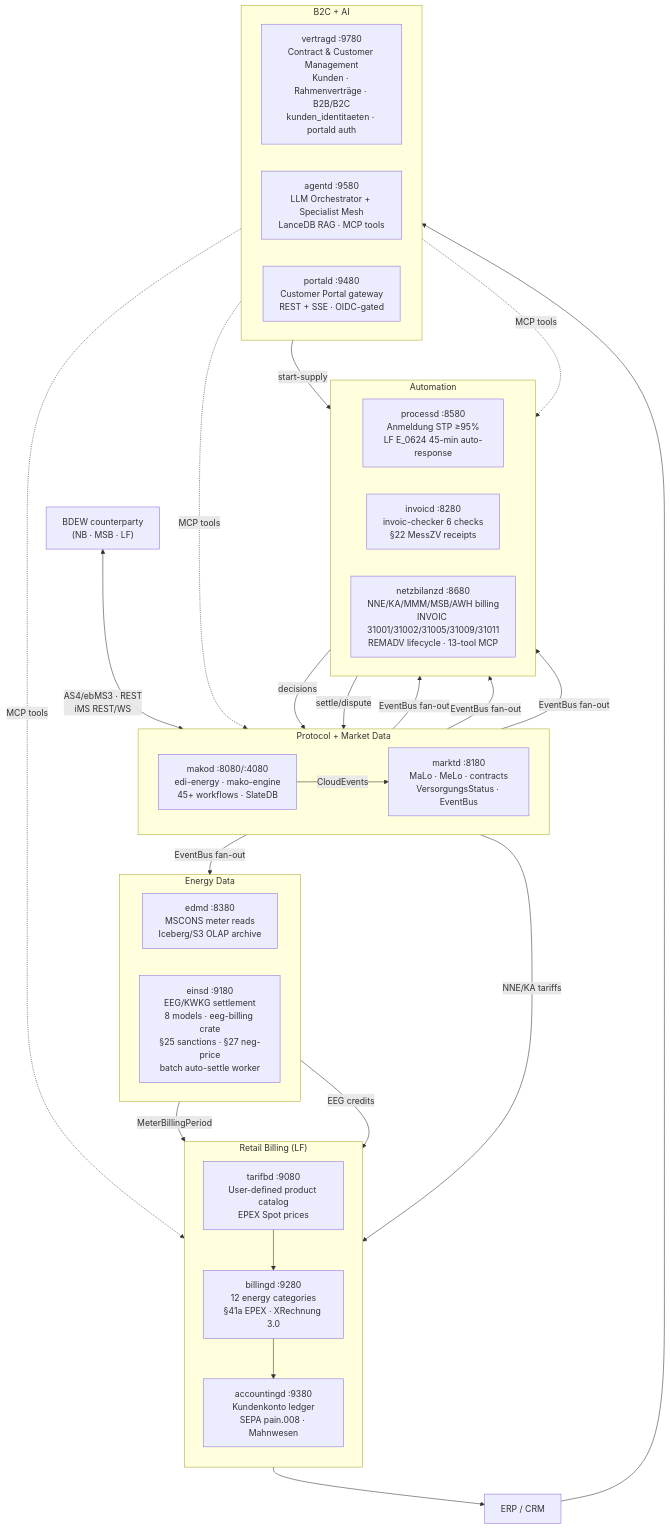
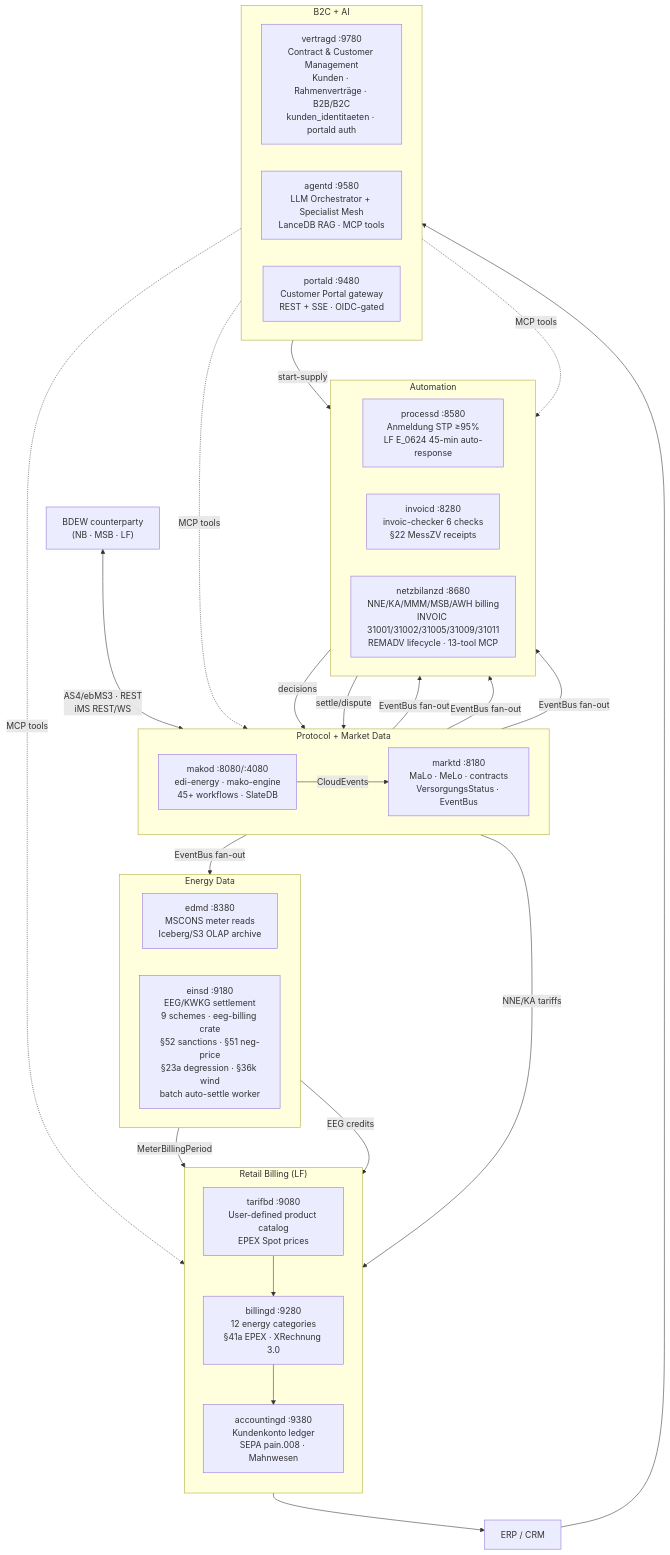
Before and after one commit to hupe1980/mako: the diagram in docs/index.md, drawn with Mermaid. The commit also changed other lines of this file and 81 other files, not shown here.

````diff
--- a/docs/index.md
+++ b/docs/index.md
@@ -252,51 +258,51 @@
 ```mermaid
 graph TB
     BDEW["BDEW counterparty\n(NB · MSB · LF)"]
 
     subgraph core ["Protocol + Market Data"]
         direction LR
         makod["makod :8080/:4080\nedi-energy · mako-engine\n45+ workflows · SlateDB"]
         marktd["marktd :8180\nMaLo · MeLo · contracts\nVersorgungsStatus · EventBus"]
         makod -->|"CloudEvents"| marktd
     end
 
     subgraph auto ["Automation"]
         direction LR
         processd["processd :8580\nAnmeldung STP ≥95%\nLF E_0624 45-min auto-response"]
         invoicd["invoicd :8280\ninvoic-checker 6 checks\n§22 MessZV receipts"]
         netzbilanzd["netzbilanzd :8680\nNNE/KA/MMM/MSB/AWH billing\nINVOIC 31001/31002/31005/31009/31011\nREMADV lifecycle · 13-tool MCP"]
     end
 
     subgraph energy ["Energy Data"]
         direction LR
         edmd["edmd :8380\nMSCONS meter reads\nIceberg/S3 OLAP archive"]
-        einsd["einsd :9180\nEEG/KWKG settlement\n8 models · eeg-billing crate\n§25 sanctions · §27 neg-price\nbatch auto-settle worker"]
+        einsd["einsd :9180\nEEG/KWKG settlement\n9 schemes · eeg-billing crate\n§52 sanctions · §51 neg-price\n§23a degression · §36k wind\nbatch auto-settle worker"]
     end
 
     subgraph retail ["Retail Billing (LF)"]
         direction TB
         tarifbd["tarifbd :9080\nUser-defined product catalog\nEPEX Spot prices"]
         billingd["billingd :9280\n12 energy categories\n§41a EPEX · XRechnung 3.0"]
         accountingd["accountingd :9380\nKundenkonto ledger\nSEPA pain.008 · Mahnwesen"]
         tarifbd --> billingd --> accountingd
     end
 
     subgraph b2c ["B2C + AI"]
         direction LR
         vertragd["vertragd :9780\nContract & Customer Management\nKunden · Rahmenverträge · B2B/B2C\nkunden_identitaeten · portald auth"]
         agentd["agentd :9580\nLLM Orchestrator + Specialist Mesh\nLanceDB RAG · MCP tools"]
         portald["portald :9480\nCustomer Portal gateway\nREST + SSE · OIDC-gated"]
     end
 
     BDEW <-->|"AS4/ebMS3 · REST\niMS REST/WS"| makod
     marktd -->|"EventBus fan-out"| processd & invoicd & edmd & auto
     processd -->|"decisions"| makod
     invoicd -->|"settle/dispute"| makod
     edmd -->|"MeterBillingPeriod"| billingd
     marktd -->|"NNE/KA tariffs"| billingd
     einsd -->|"EEG credits"| accountingd
     vertragd -->|"start-supply"| processd
     agentd -.->|"MCP tools"| core & retail & auto
     ERP["ERP / CRM"] --> vertragd
     accountingd --> ERP
 ```
````
